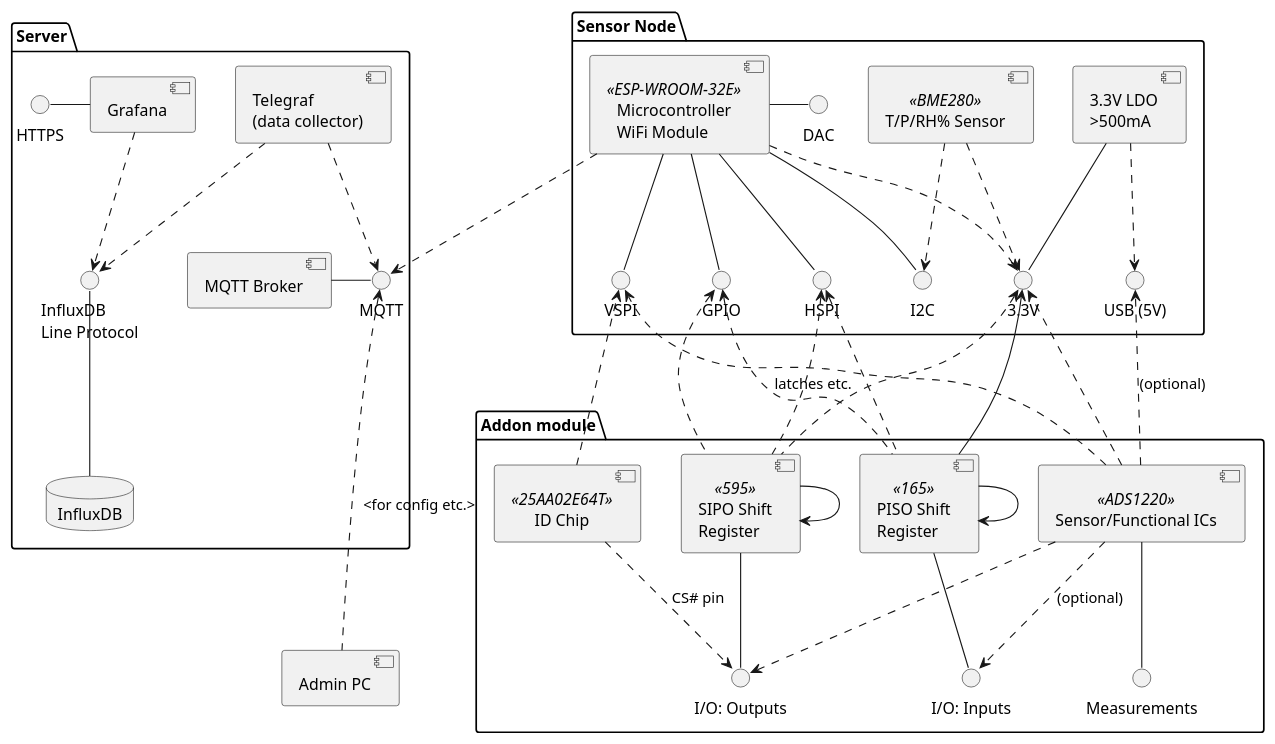
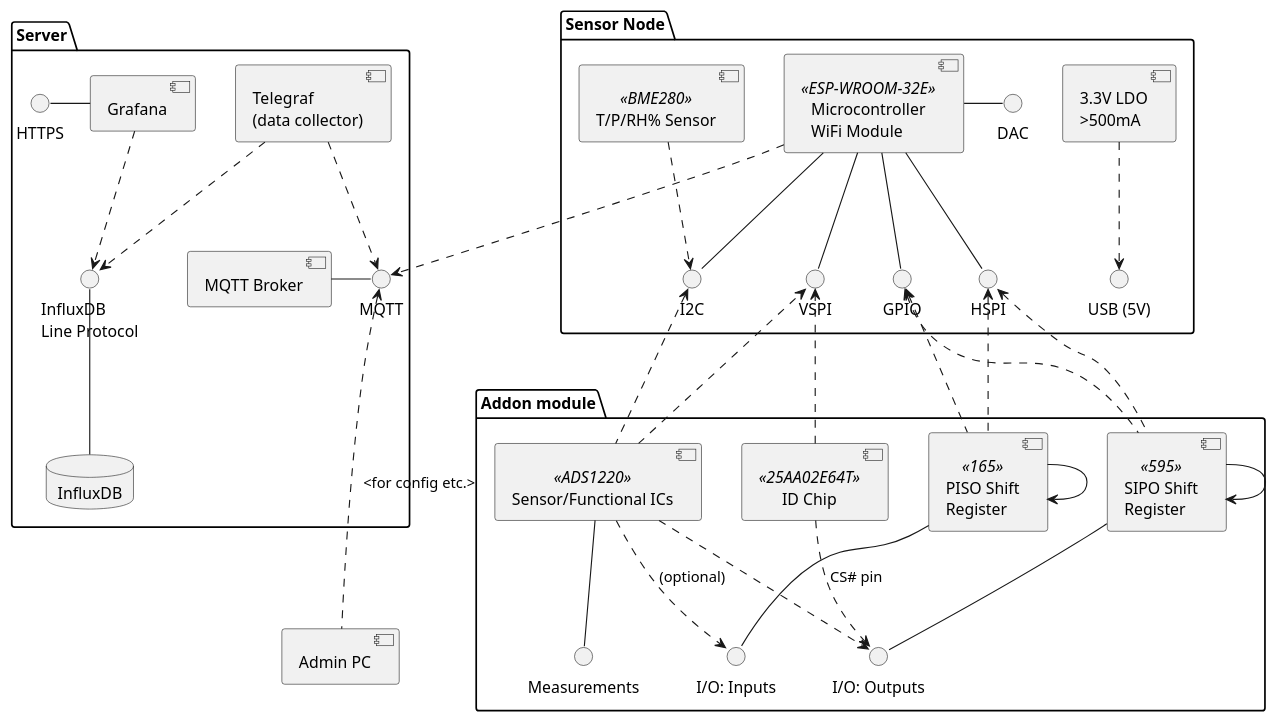
Before and after one commit to Tulitomaatti/mittari: the diagram in docs/components.puml, drawn with PlantUML. The commit also changed 1 other file, not shown here.

Commit message:
Tuned component diagram.

```diff
--- a/docs/components.puml
+++ b/docs/components.puml
@@ -1,90 +1,100 @@
 @startuml
 
 package snode as "Sensor Node" {
     component esp32 as "Microcontroller\nWiFi Module" <<ESP-WROOM-32E>> 
     component ldo as "3.3V LDO\n>500mA"
     component BME280 as "T/P/RH% Sensor" <<BME280>> 
-    interface "3.3V"
+ '   interface "3.3V"
     interface USB as "USB (5V)"
     interface VSPI
     interface HSPI 
     interface I2C 
     interface DAC 
-    interface GPIO
+    interface GPIO 
 }
 
 package module as "Addon module" {
     component sipo_sr as "SIPO Shift\nRegister" <<595>>
     component piso_sr as "PISO Shift\nRegister" <<165>>
     component id_eeprom as "ID Chip" <<25AA02E64T>>
     component sensor as "Sensor/Functional ICs" <<ADS1220>> 
 
     interface measurement as "Measurements"
     interface module_inputs as "I/O: Inputs"
     interface module_outputs as "I/O: Outputs"
 }
 
 
 package server as "Server" {
     component mqtt_broker as "MQTT Broker"
     interface mqtt as "MQTT"
 
     component telegraf as "Telegraf\n(data collector)"
     database db as "InfluxDB"
     interface influx as "InfluxDB\nLine Protocol"
 
     component grafana as "Grafana"
     interface HTTPS 
 }
 
 component pc as "Admin PC"
 
 
 'server -[hidden]- snode
 'snode -[hidden]- module 
 
 telegraf ..> mqtt 
 telegraf ..> influx 
 grafana ..> influx 
 grafana -left- HTTPS 
-ldo -- 3.3V
-ldo ..> USB  
-esp32 ..> 3.3V
+'ldo -- 3.3V
+ldo .d.> USB  
+'esp32 ..> 3.3V
 esp32 ..> mqtt
 esp32 -d- VSPI
 esp32 -- HSPI
 esp32 -- I2C 
 esp32 -r- DAC
 esp32 -- GPIO
 BME280 ..> I2C
-BME280 ..> 3.3V
+'BME280 ..> 3.3V
 mqtt_broker - mqtt 
 db -up- influx
 
 piso_sr -d- module_inputs
 sipo_sr -d- module_outputs
 HSPI <.. sipo_sr
 HSPI <.. piso_sr
-GPIO <.. piso_sr : latches etc. 
+GPIO <.. piso_sr  
 GPIO <.. sipo_sr
 sipo_sr --> sipo_sr
 piso_sr --> piso_sr
-sipo_sr .u.> 3.3V
-piso_sr -u-> 3.3V
+'sipo_sr .u.> 3.3V
+'piso_sr -u-> 3.3V
 
 
 
 id_eeprom ..> module_outputs : CS# pin 
 id_eeprom ..> VSPI
 
 sensor ..> VSPI 
 sensor ..> module_outputs
 sensor ..> module_inputs : (optional)
 sensor -d- measurement
-sensor ..> 3.3V
-sensor ..> USB : (optional)
+sensor .u.> I2C
+'sensor ..> 3.3V
+'sensor ..> USB : (optional)
 
 pc .up..> mqtt : <for config etc.> 
 
+'Tuning 
+'GPIO -[hidden]-> HSPI
+piso_sr <-[hidden] sensor
+
+DAC <-[hidden] ldo
+BME280 <-[hidden] ldo
+I2C <-[hidden] GPIO
+'esp32 -[hidden]-> BME280
+'BME280 -[hidden]> ldo
 
 @enduml
```
